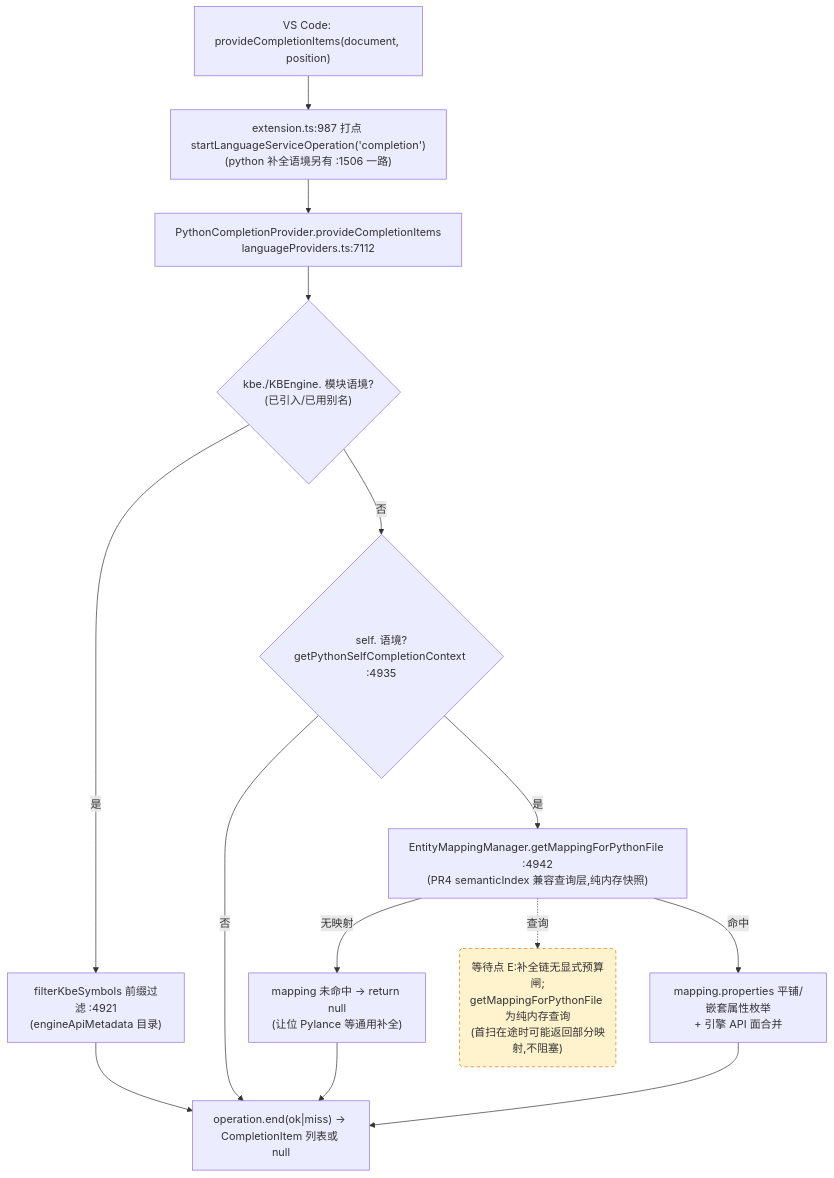
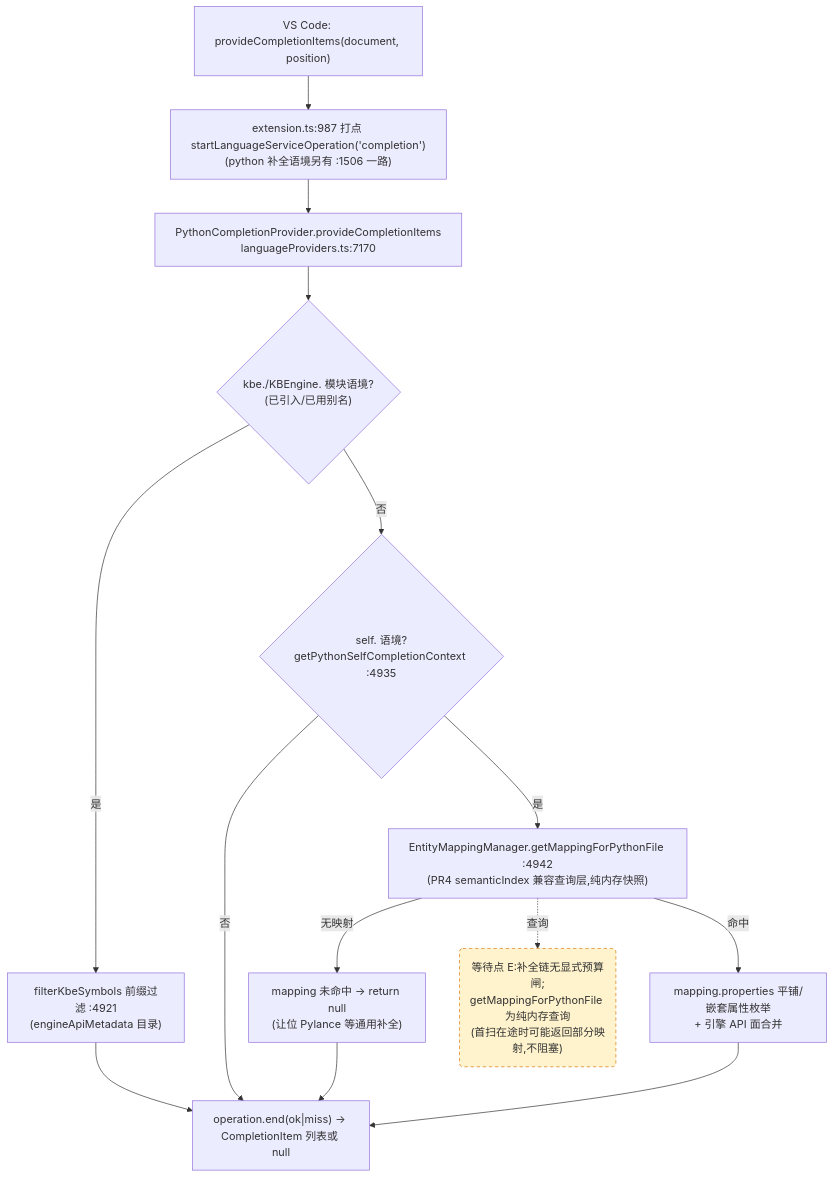
One commit to cuihairu/kode changed the third of 4 diagrams in docs/perf/2026-baseline.md. Above: the diagram before and after it, drawn with Mermaid. The commit also changed other lines of this file and 20 other files, not shown here.

````diff
--- a/docs/perf/2026-baseline.md
+++ b/docs/perf/2026-baseline.md
@@ -184,27 +184,27 @@
 ```mermaid
 flowchart TD
   VC3["VS Code: provideCompletionItems(document, position)"]
   M3["extension.ts:987 打点 startLanguageServiceOperation('completion')<br/>(python 补全语境另有 :1506 一路)"]
-  CP["PythonCompletionProvider.provideCompletionItems<br/>languageProviders.ts:7112"]
+  CP["PythonCompletionProvider.provideCompletionItems<br/>languageProviders.ts:7170"]
   KBEC{"kbe./KBEngine. 模块语境?<br/>(已引入/已用别名)"}
   FILTER["filterKbeSymbols 前缀过滤 :4921<br/>(engineApiMetadata 目录)"]
   SELFC{"self. 语境?<br/>getPythonSelfCompletionContext :4935"}
   MAP["EntityMappingManager.getMappingForPythonFile :4942<br/>(PR4 semanticIndex 兼容查询层,纯内存快照)"]
   NOMAP["mapping 未命中 → return null<br/>(让位 Pylance 等通用补全)"]
   PROPS["mapping.properties 平铺/嵌套属性枚举<br/>+ 引擎 API 面合并"]
   END3["operation.end(ok|miss) → CompletionItem 列表或 null"]
 
   VC3 --> M3 --> CP --> KBEC
   KBEC -- "是" --> FILTER --> END3
   KBEC -- "否" --> SELFC
   SELFC -- "否" --> END3
   SELFC -- "是" --> MAP
   MAP -- "无映射" --> NOMAP --> END3
   MAP -- "命中" --> PROPS --> END3
 
   WAITE("等待点 E:补全链无显式预算闸;<br/>getMappingForPythonFile 为纯内存查询<br/>(首扫在途时可能返回部分映射,不阻塞)")
   MAP -.->|查询| WAITE
 
   classDef waitPoint fill:#fff3cd,stroke:#d97706,stroke-dasharray:5 4;
   class WAITE waitPoint;
 ```
````
